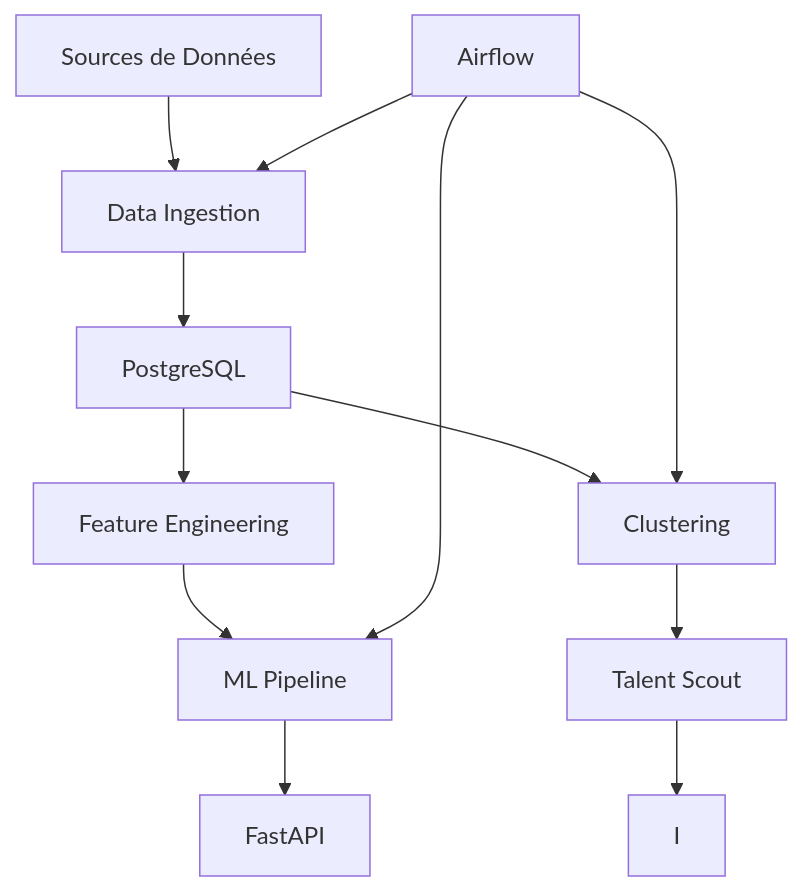
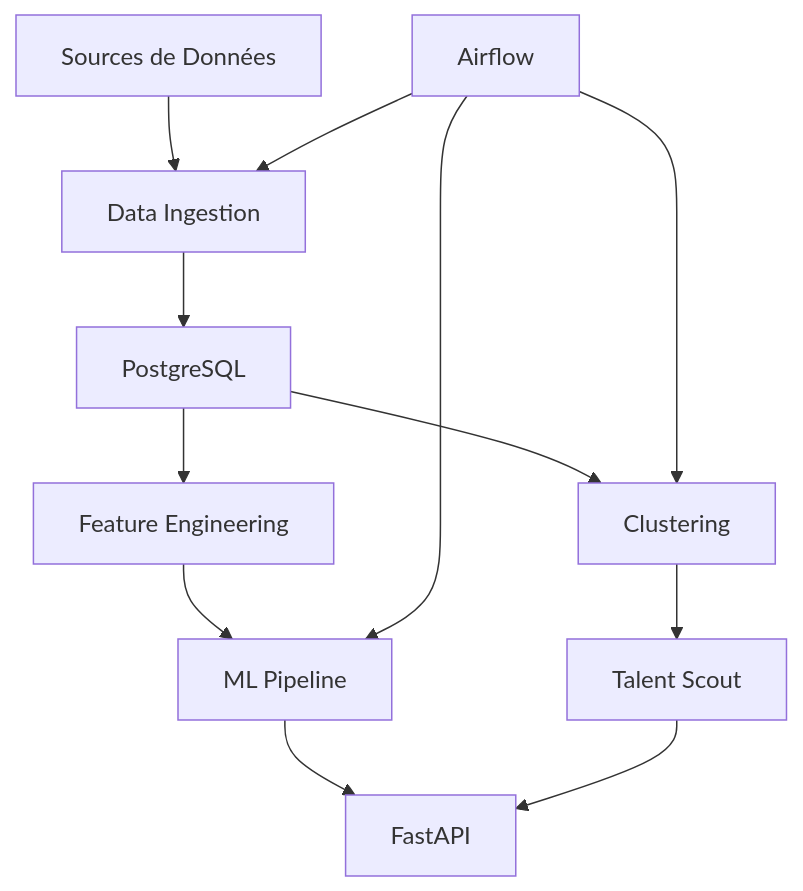
Before and after one commit to sanogomamadou/FootStack-Project: the second of 2 diagrams in README.md, drawn with Mermaid.

Commit message:
README MAJ

````diff
--- a/README.md
+++ b/README.md
@@ -86,14 +86,14 @@
 ```mermaid
 graph TB
     A[Sources de Données] --> B[Data Ingestion]
     B --> C[PostgreSQL]
     C --> D[Feature Engineering]
     D --> E[ML Pipeline]
     E --> F[FastAPI]
     C --> G[Clustering]
     G --> H[Talent Scout]
-    H --> I
+    H --> F
     J[Airflow] --> B
     J --> E
     J --> G
 ```
````
